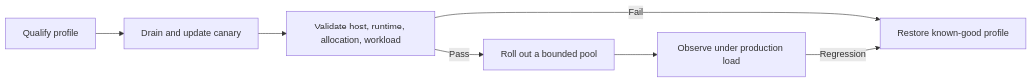
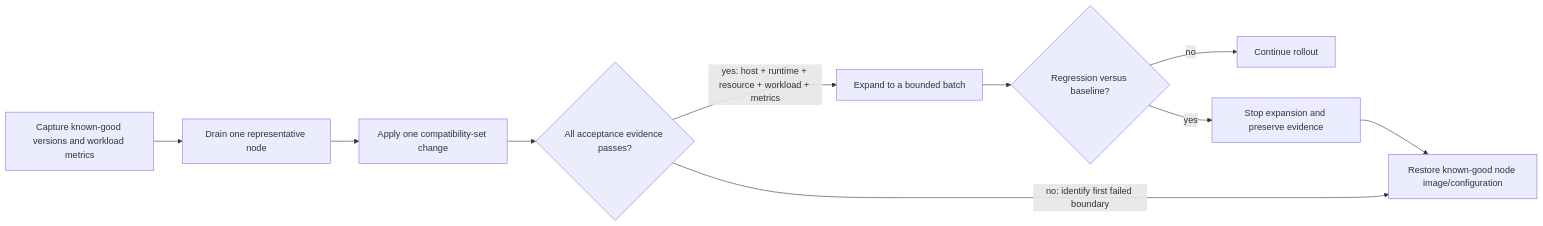
One commit to jithinpnjm/nvidia-devops changed the second of 2 diagrams in docs/nvidia-zero-to-hero/volume-10/chapter-02-gpu-software-lifecycle-in-kubernetes.md. Above: the diagram before and after it, drawn with Mermaid. The commit also changed other lines of this file, not shown here.

Commit message:
docs(volume-10): add lifecycle evidence and upgrade arithmetic

````diff
--- a/docs/nvidia-zero-to-hero/volume-10/chapter-02-gpu-software-lifecycle-in-kubernetes.md
+++ b/docs/nvidia-zero-to-hero/volume-10/chapter-02-gpu-software-lifecycle-in-kubernetes.md
@@ -61,9 +100,12 @@
 ```mermaid
 flowchart LR
-    Qualify[Qualify profile] --> Canary[Drain and update canary]
-    Canary --> Validate[Validate host, runtime, allocation, workload]
-    Validate -->|Pass| Expand[Roll out a bounded pool]
-    Expand --> Observe[Observe under production load]
-    Validate -->|Fail| Rollback[Restore known-good profile]
-    Observe -->|Regression| Rollback
+    Baseline[Capture known-good versions and workload metrics] --> Canary[Drain one representative node]
+    Canary --> Apply[Apply one compatibility-set change]
+    Apply --> Gate{All acceptance evidence passes?}
+    Gate -->|"yes: host + runtime + resource + workload + metrics"| Batch[Expand to a bounded batch]
+    Gate -->|"no: identify first failed boundary"| Restore[Restore known-good node image/configuration]
+    Batch --> Compare{Regression versus baseline?}
+    Compare -->|no| Continue[Continue rollout]
+    Compare -->|yes| Stop[Stop expansion and preserve evidence]
+    Stop --> Restore
 ```
````
